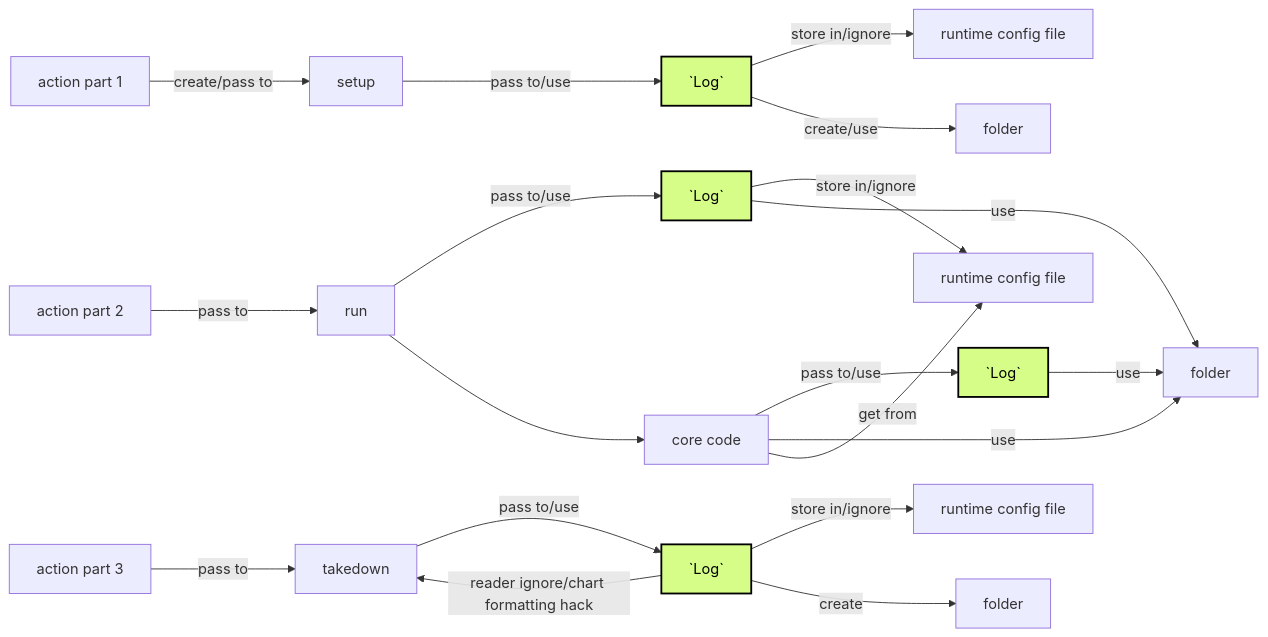
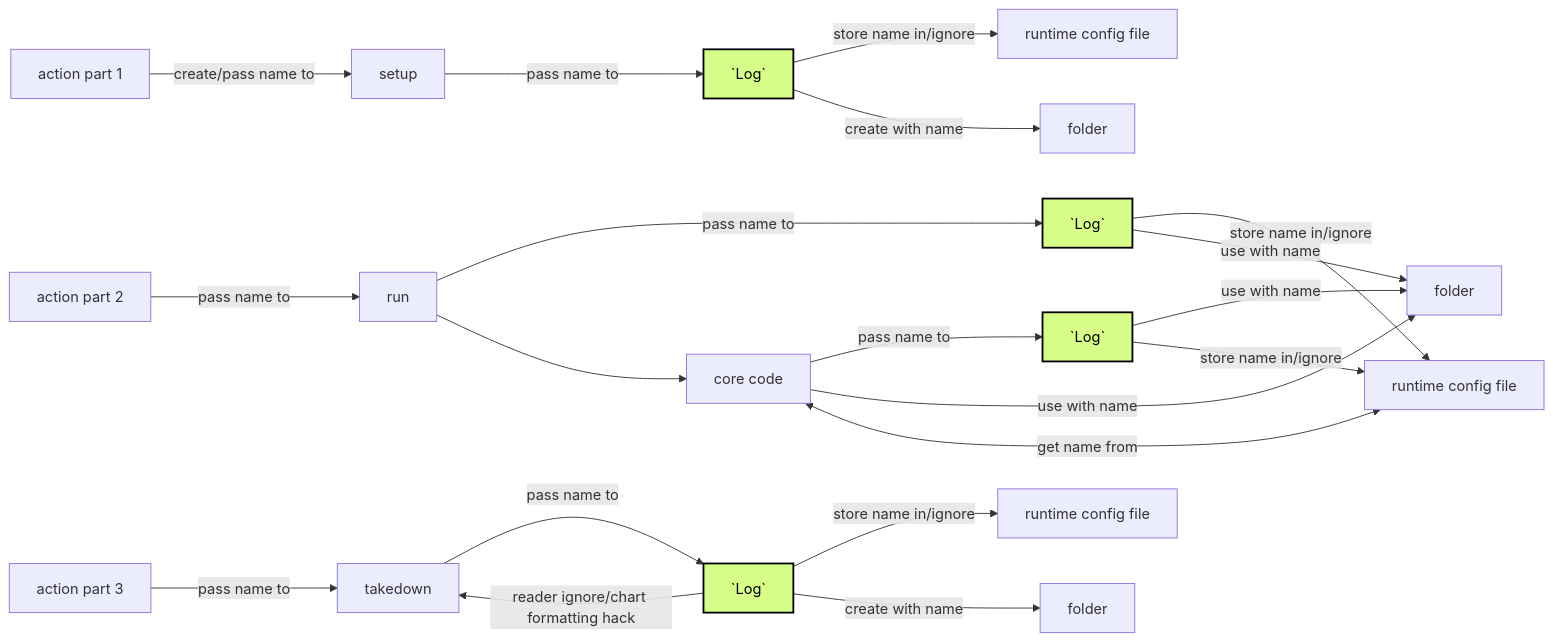
One commit to SuffolkLITLab/ALKiln changed the first of 3 diagrams in docs/artifacts_folder_name.md. Above: the diagram before and after it, drawn with Mermaid. The commit also changed other lines of this file, not shown here.

Commit message:
Modify artifact folder name diagrams, clarify diagrams

````diff
--- a/docs/artifacts_folder_name.md
+++ b/docs/artifacts_folder_name.md
@@ -48,25 +50,26 @@
 ```mermaid
 flowchart LR
-    action[action part 1] -- create/pass to --> setup
-    setup["setup"] -- pass to/use --> log1["#96;Log#96;"]:::log
-    log1 -- store in/ignore --> runtime1["runtime config file"]
-    log1 -- create/use --> folder1[folder]
+    action[action part 1] -- create/pass name to --> setup
+    setup["setup"] -- pass name to --> log1["#96;Log#96;"]:::log
+    log1 -- store name in/ignore --> runtime1["runtime config file"]
+    log1 -- create with name --> folder1[folder]
 
-    action2[action part 2] -- pass to --> run["run"]
-    run -- pass to/use --> log2["#96;Log#96;"]:::log
-    log2 -- store in/ignore --> runtime2["runtime config file"]
-    log2 -- use --> folder2[folder]
+    action2[action part 2] -- pass name to --> run["run"]
+    run -- pass name to --> log2["#96;Log#96;"]:::log
+    log2 -- store name in/ignore --> runtime2["runtime config file"]
+    log2 -- use with name --> folder2[folder]
     run --> core["core code"]
-    core -- pass to/use --> log3["#96;Log#96;"]:::log
-    core -- use --> folder2
-    core -- get from --> runtime2
-    log3 -- use --> folder2
+    core -- pass name to --> log3["#96;Log#96;"]:::log
+    core -- use with name --> folder2
+    core -- get name from <--> runtime2
+    log3 -- use with name --> folder2
+    log3 -- store name in/ignore --> runtime2
 
-    action3[action part 3] -- pass to --> takedown["takedown"]
-    takedown -- pass to/use --> log4["#96;Log#96;"]:::log
+    action3[action part 3] -- pass name to --> takedown["takedown"]
+    takedown -- pass name to --> log4["#96;Log#96;"]:::log
     log4 -- reader ignore/chart formatting hack --> takedown
-    log4 -- store in/ignore --> runtime3["runtime config file"]
-    log4 -- create --> folder5[folder]
+    log4 -- store name in/ignore --> runtime3["runtime config file"]
+    log4 -- create with name --> folder5[folder]
 
 classDef log fill:#d6fd88,stroke:#000,stroke-width:2px,color:#000
 ```
````
